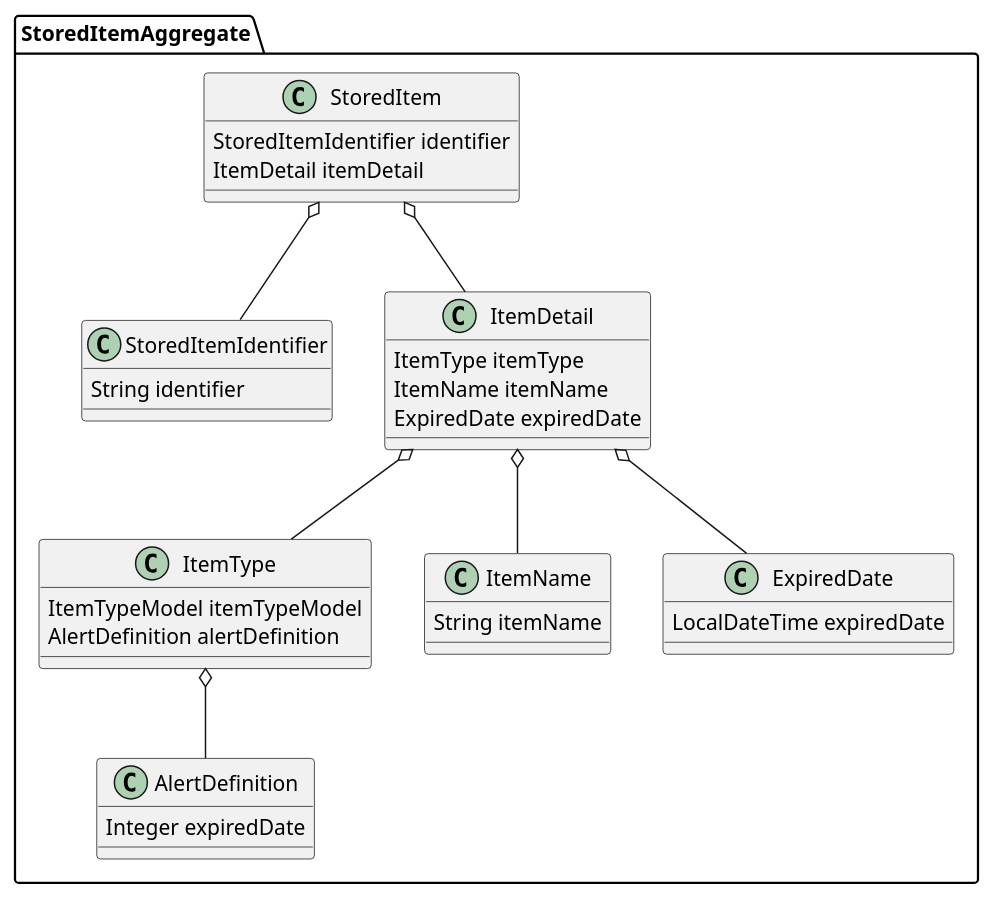
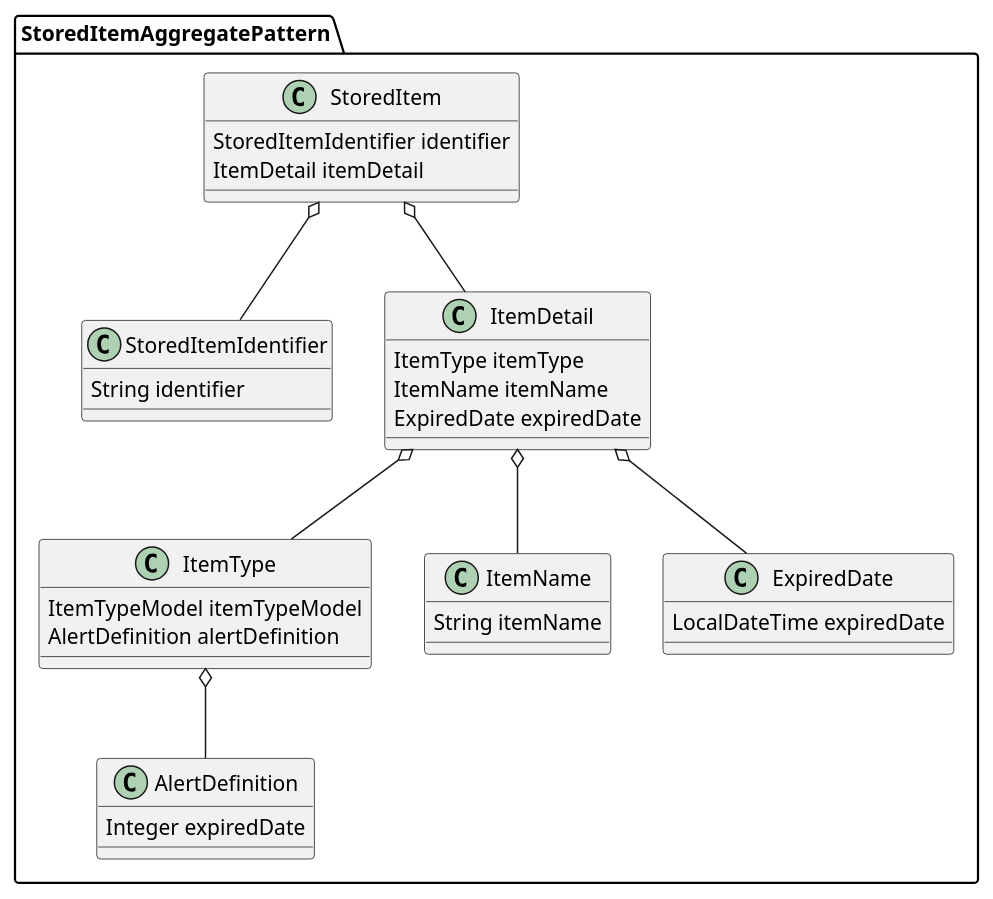
The diagram in doc/diagram/item_model.puml (zoeque/limitchecker-spring-boot), drawn with PlantUML before and after one commit. The commit also changed 2 other files, not shown here.

```diff
--- a/doc/diagram/item_model.puml
+++ b/doc/diagram/item_model.puml
@@ -1,36 +1,36 @@
 @startuml
-package StoredItemAggregate {
+package StoredItemAggregatePattern {
   class StoredItem{
     StoredItemIdentifier identifier
     ItemDetail itemDetail
   }
   class StoredItemIdentifier {
     String identifier
   }
   class ItemDetail {
     ItemType itemType
     ItemName itemName
     ExpiredDate expiredDate
   }
 
   class ItemType {
     ItemTypeModel itemTypeModel
     AlertDefinition alertDefinition
   }
   class AlertDefinition {
     Integer expiredDate
   }
   class ItemName {
     String itemName
   }
   class ExpiredDate {
     LocalDateTime expiredDate
   }
 }
 StoredItem o-- StoredItemIdentifier
 StoredItem o-- ItemDetail
 ItemDetail o-- ItemName
 ItemDetail o-- ItemType
 ItemDetail o-- ExpiredDate
 ItemType o-- AlertDefinition
 @enduml
```
